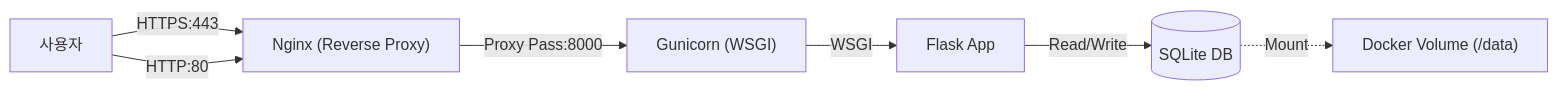
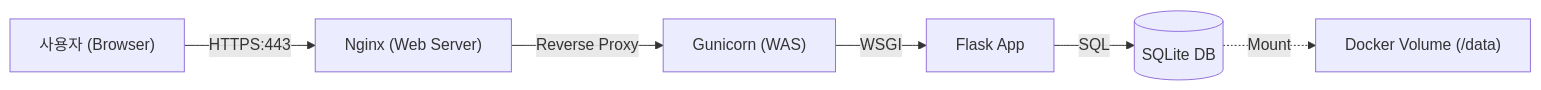
One commit to redlady-GH/lecture_notice_board changed the diagram in docs/prd.md. Above: the diagram before and after it, drawn with Mermaid. The commit also changed other lines of this file, not shown here.

Commit message:
Revise PRD documentation for clarity and detail, enhancing project overview, architecture, and security requirements

````diff
--- a/docs/prd.md
+++ b/docs/prd.md
@@ -13,9 +17,8 @@
 ```mermaid
 graph LR
-    User["사용자"] -->|"HTTPS:443"| Nginx["Nginx (Reverse Proxy)"]
-    User -->|"HTTP:80"| Nginx
-    Nginx -->|"Proxy Pass:8000"| Gunicorn["Gunicorn (WSGI)"]
+    User["사용자 (Browser)"] -->|"HTTPS:443"| Nginx["Nginx (Web Server)"]
+    Nginx -->|"Reverse Proxy"| Gunicorn["Gunicorn (WAS)"]
     Gunicorn -->|"WSGI"| Flask["Flask App"]
-    Flask -->|"Read/Write"| SQLite[("SQLite DB")]
+    Flask -->|"SQL"| SQLite[("SQLite DB")]
     SQLite -.->|"Mount"| Volume["Docker Volume (/data)"]
 ```
````
